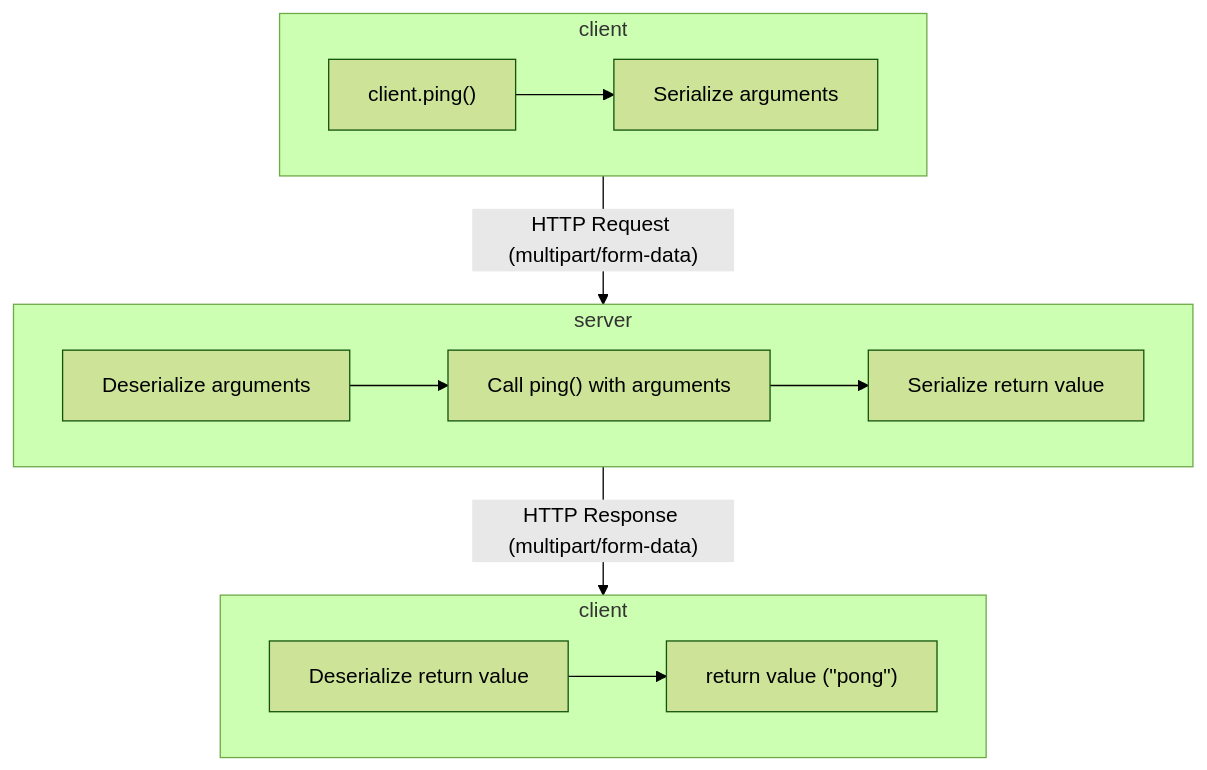
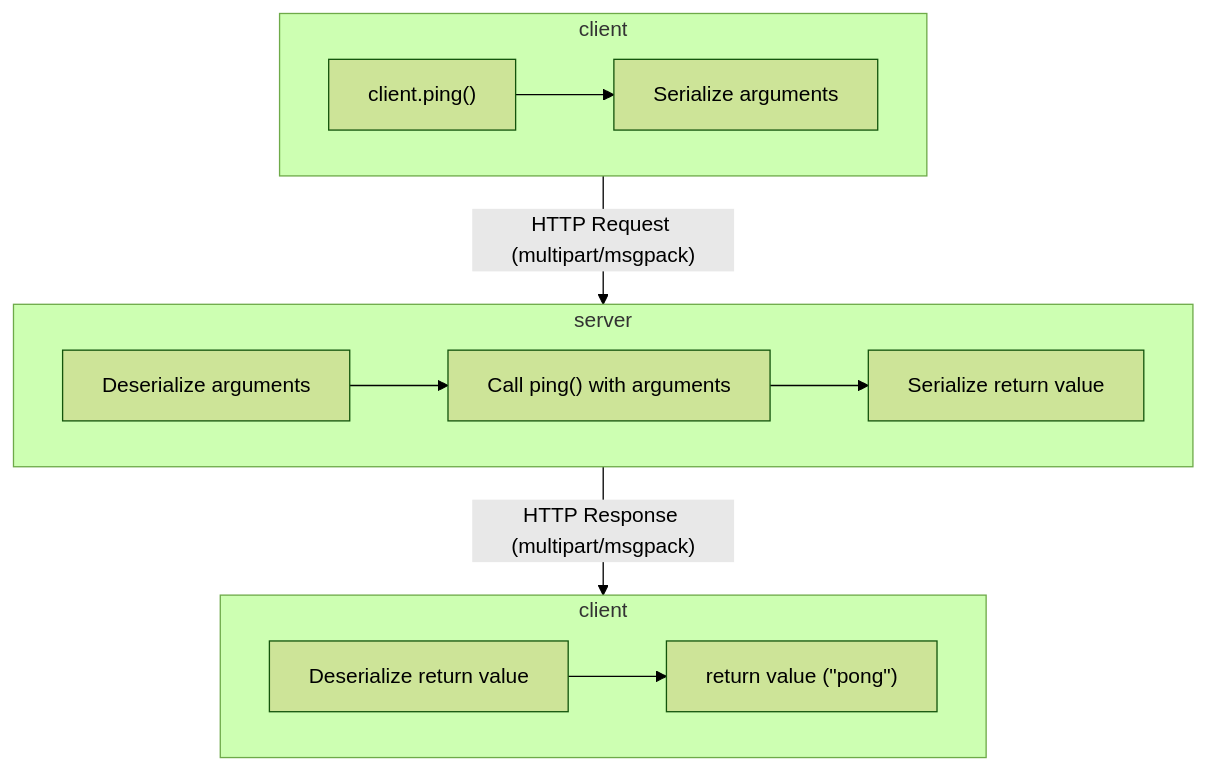
Before and after one commit to prismicio-community/r19: the diagram in docs/07-how-it-works.md, drawn with Mermaid (forest theme). The commit also changed other lines of this file and 1 other file, not shown here.

````diff
--- a/docs/07-how-it-works.md
+++ b/docs/07-how-it-works.md
@@ -5,18 +5,18 @@
 ```mermaid
 flowchart TB
     subgraph client1[client]
     A["client.ping()"]-->B[Serialize arguments]
     end
 
     subgraph server
     C[Deserialize arguments]-->D["Call ping() with arguments"]
     D-->E[Serialize return value]
     end
 
     subgraph client2[client]
     F[Deserialize return value]-->G["return value (#quot;pong#quot;)"]
     end
 
-    client1 -- "HTTP Request (multipart/form-data)" --> server
-    server -- "HTTP Response (multipart/form-data)" --> client2
+    client1 -- "HTTP Request (multipart/msgpack)" --> server
+    server -- "HTTP Response (multipart/msgpack)" --> client2
 ```
````
